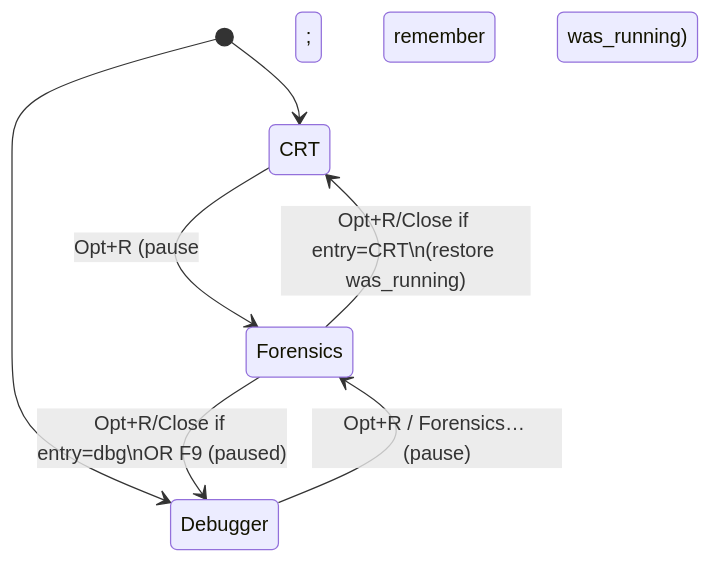
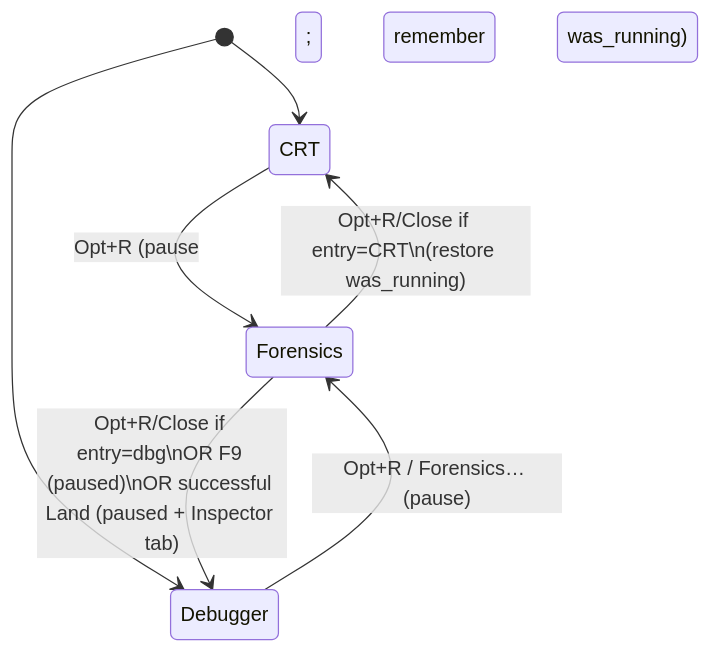
One commit to StewBC/machines changed the first of 3 diagrams in import/a2m/design/forensics-ui.md. Above: the diagram before and after it, drawn with Mermaid. The commit also changed other lines of this file and 9 other files, not shown here.

First line of the commit message:
frontend: Forensics Land leaves to debugger + Inspector tab

````diff
--- a/import/a2m/design/forensics-ui.md
+++ b/import/a2m/design/forensics-ui.md
@@ -106,9 +108,9 @@
 ```mermaid
 stateDiagram-v2
     [*] --> CRT
     [*] --> Debugger
     CRT --> Forensics: Opt+R (pause; remember was_running)
     Debugger --> Forensics: Opt+R / Forensics… (pause)
     Forensics --> CRT: Opt+R/Close if entry=CRT\n(restore was_running)
-    Forensics --> Debugger: Opt+R/Close if entry=dbg\nOR F9 (paused)
+    Forensics --> Debugger: Opt+R/Close if entry=dbg\nOR F9 (paused)\nOR successful Land (paused + Inspector tab)
 ```
````
